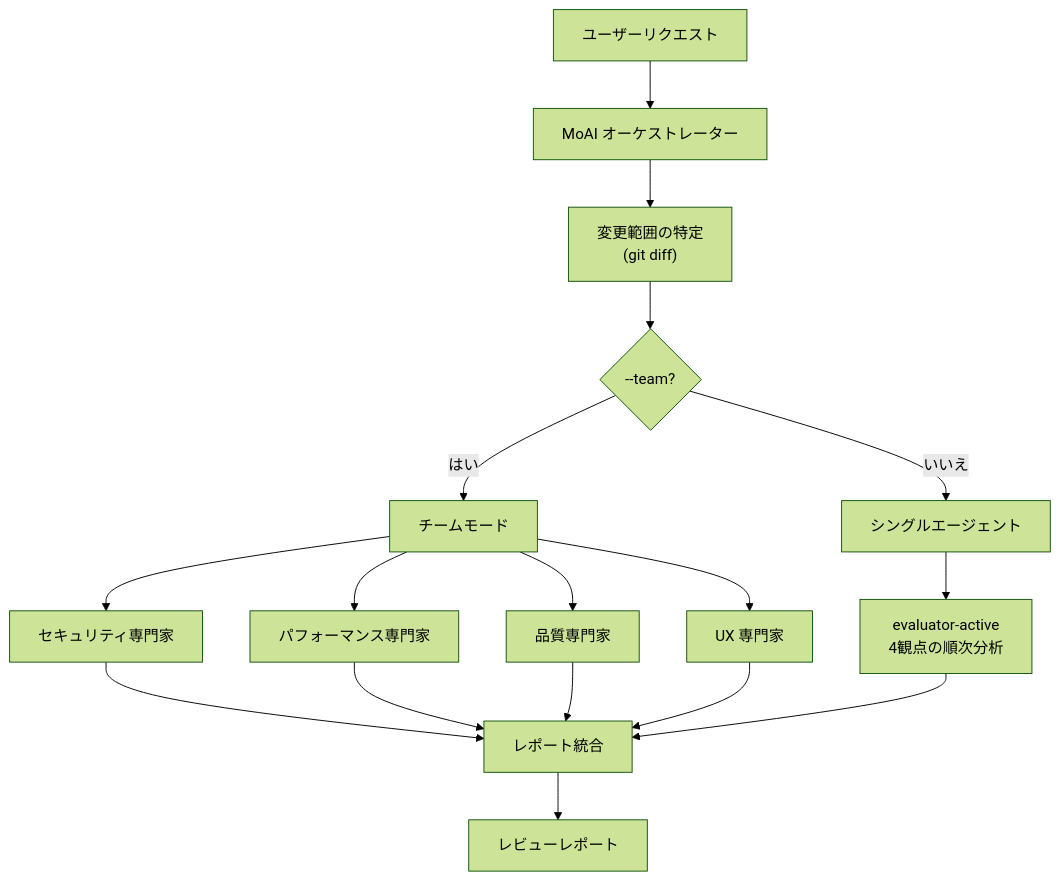
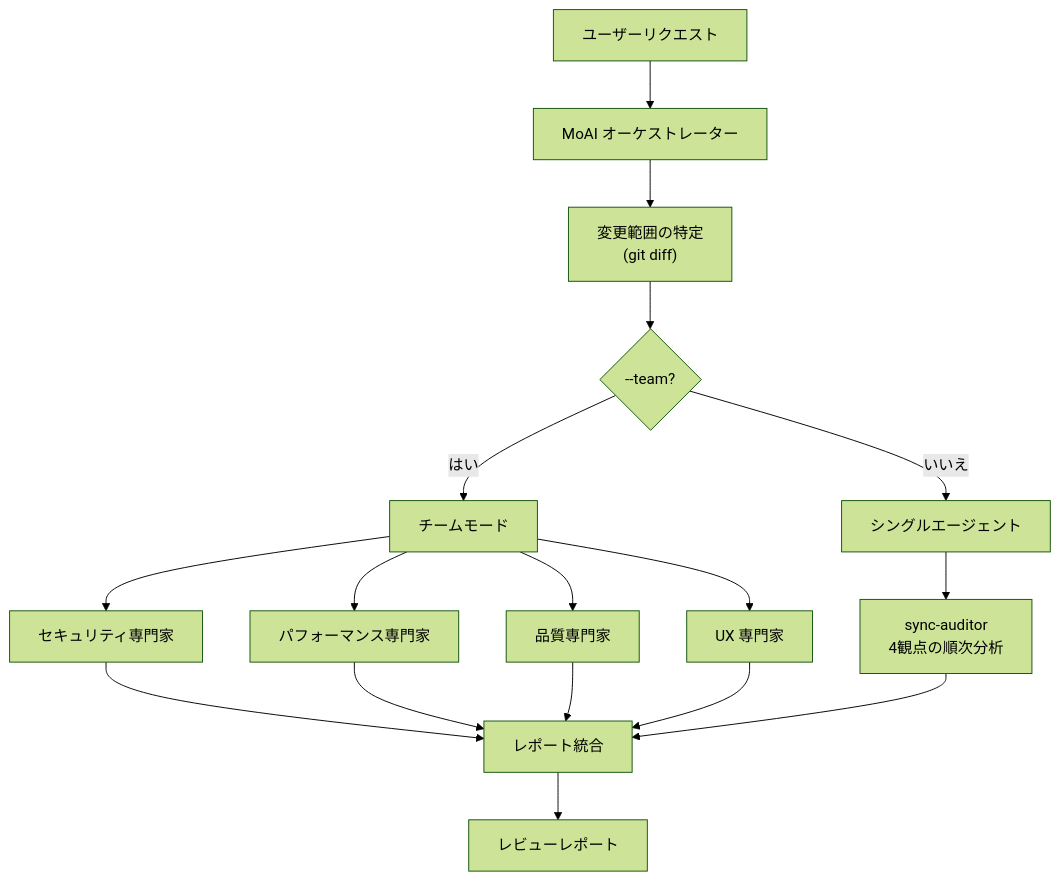
The second of 2 diagrams in docs-site/content/ja/quality-commands/moai-review.md (modu-ai/moai-adk), drawn with Mermaid (forest theme) before and after one commit. The commit also changed other lines of this file and 149 other files, not shown here.

First line of the commit message:
chore(agents): evaluator-active를 sync-auditor로 rename (plan-auditor phase 대칭)

````diff
--- a/docs-site/content/ja/quality-commands/moai-review.md
+++ b/docs-site/content/ja/quality-commands/moai-review.md
@@ -223,24 +223,24 @@
 ```mermaid
 flowchart TD
     User["ユーザーリクエスト"] --> MoAI["MoAI オーケストレーター"]
     MoAI --> Identify["変更範囲の特定<br/>(git diff)"]
     Identify --> Agent{"--team?"}
 
     Agent -->|はい| Team["チームモード"]
     Agent -->|いいえ| Single["シングルエージェント"]
 
     Team --> R1["セキュリティ専門家"]
     Team --> R2["パフォーマンス専門家"]
     Team --> R3["品質専門家"]
     Team --> R4["UX 専門家"]
 
-    Single --> Quality["evaluator-active<br/>4観点の順次分析"]
+    Single --> Quality["sync-auditor<br/>4観点の順次分析"]
 
     R1 --> Consolidate["レポート統合"]
     R2 --> Consolidate
     R3 --> Consolidate
     R4 --> Consolidate
     Quality --> Consolidate
 
     Consolidate --> Report["レビューレポート"]
 ```
````
